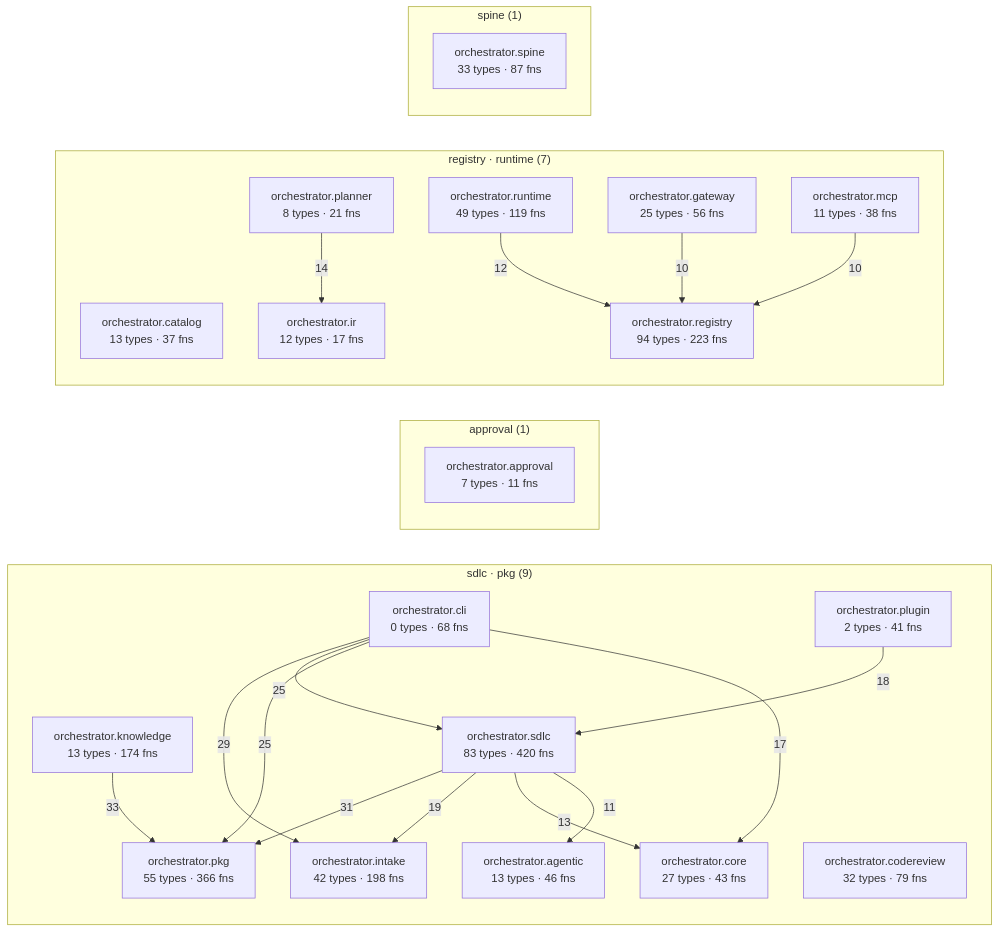
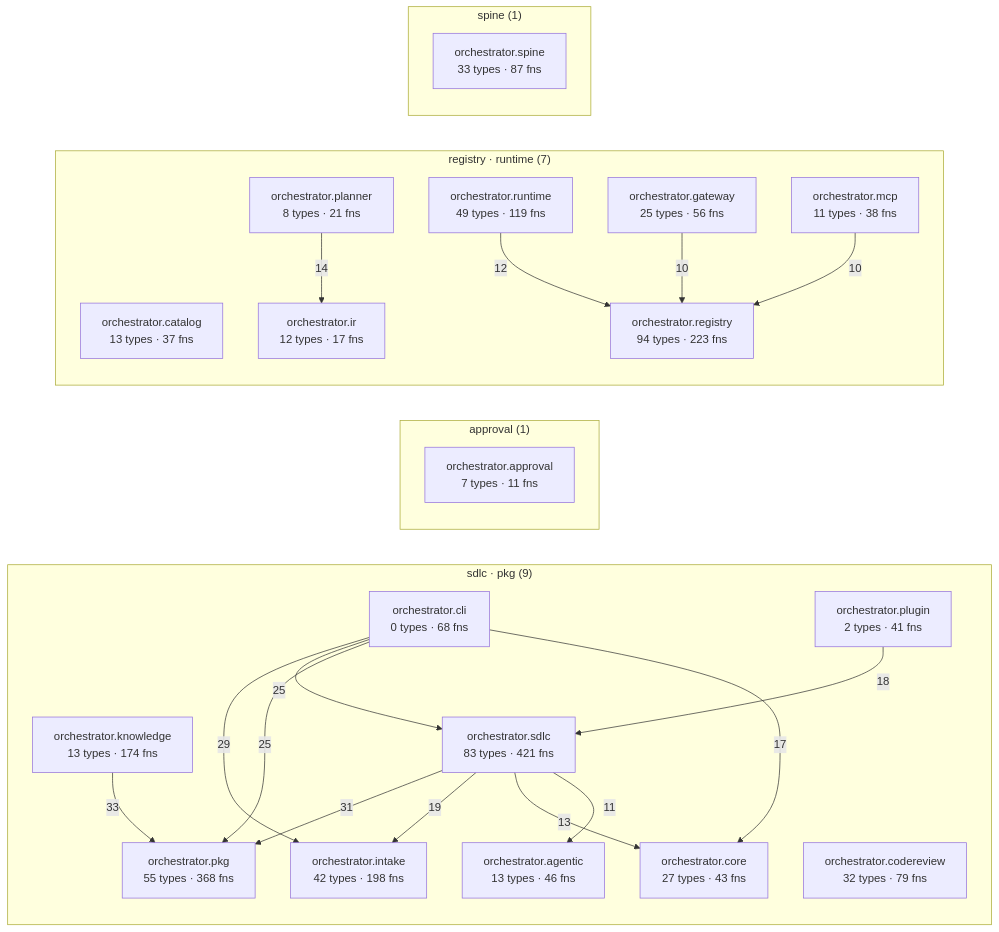
The diagram in episteme/architecture.md (synaptixs/spine), drawn with Mermaid before and after one commit. The commit also changed other lines of this file and 32 other files, not shown here.

First line of the commit message:
fix(sdlc)+feat(pkg): make a feature run possible, and catch the gap that hid

````diff
--- a/episteme/architecture.md
+++ b/episteme/architecture.md
@@ -54,43 +54,43 @@
 ```mermaid
 flowchart LR
   subgraph c_1["sdlc · pkg (9)"]
     aorchestratoragentic["orchestrator.agentic<br/>13 types · 46 fns"]
     aorchestratorcli["orchestrator.cli<br/>0 types · 68 fns"]
     aorchestratorcodereview["orchestrator.codereview<br/>32 types · 79 fns"]
     aorchestratorcore["orchestrator.core<br/>27 types · 43 fns"]
     aorchestratorintake["orchestrator.intake<br/>42 types · 198 fns"]
     aorchestratorknowledge["orchestrator.knowledge<br/>13 types · 174 fns"]
-    aorchestratorpkg["orchestrator.pkg<br/>55 types · 366 fns"]
+    aorchestratorpkg["orchestrator.pkg<br/>55 types · 368 fns"]
     aorchestratorplugin["orchestrator.plugin<br/>2 types · 41 fns"]
-    aorchestratorsdlc["orchestrator.sdlc<br/>83 types · 420 fns"]
+    aorchestratorsdlc["orchestrator.sdlc<br/>83 types · 421 fns"]
   end
   subgraph c_2["approval (1)"]
     aorchestratorapproval["orchestrator.approval<br/>7 types · 11 fns"]
   end
   subgraph c_3["registry · runtime (7)"]
     aorchestratorcatalog["orchestrator.catalog<br/>13 types · 37 fns"]
     aorchestratorgateway["orchestrator.gateway<br/>25 types · 56 fns"]
     aorchestratorir["orchestrator.ir<br/>12 types · 17 fns"]
     aorchestratormcp["orchestrator.mcp<br/>11 types · 38 fns"]
     aorchestratorplanner["orchestrator.planner<br/>8 types · 21 fns"]
     aorchestratorregistry["orchestrator.registry<br/>94 types · 223 fns"]
     aorchestratorruntime["orchestrator.runtime<br/>49 types · 119 fns"]
   end
   subgraph c_10["spine (1)"]
     aorchestratorspine["orchestrator.spine<br/>33 types · 87 fns"]
   end
   aorchestratorknowledge -->|33| aorchestratorpkg
   aorchestratorsdlc -->|31| aorchestratorpkg
   aorchestratorcli -->|29| aorchestratorintake
   aorchestratorcli -->|25| aorchestratorsdlc
   aorchestratorcli -->|25| aorchestratorpkg
   aorchestratorsdlc -->|19| aorchestratorintake
   aorchestratorplugin -->|18| aorchestratorsdlc
   aorchestratorcli -->|17| aorchestratorcore
   aorchestratorplanner -->|14| aorchestratorir
   aorchestratorsdlc -->|13| aorchestratorcore
   aorchestratorruntime -->|12| aorchestratorregistry
   aorchestratorsdlc -->|11| aorchestratoragentic
   aorchestratorgateway -->|10| aorchestratorregistry
   aorchestratormcp -->|10| aorchestratorregistry
 ```
````
